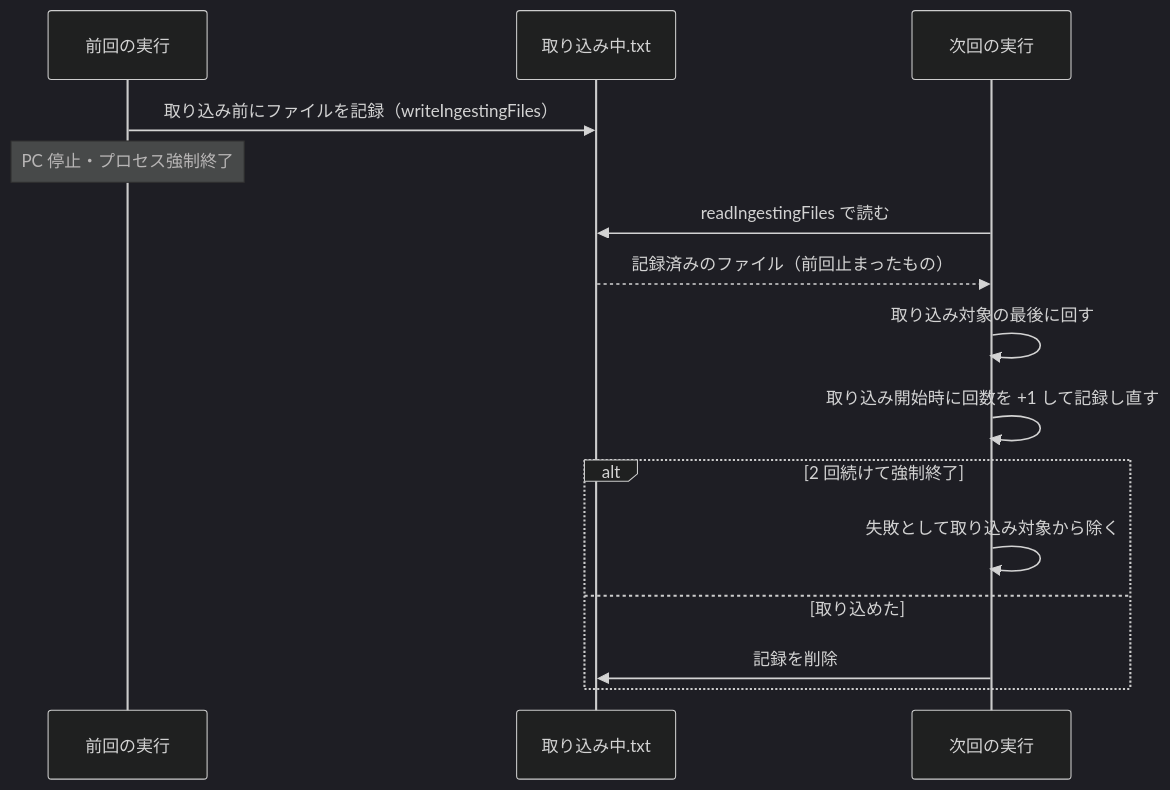
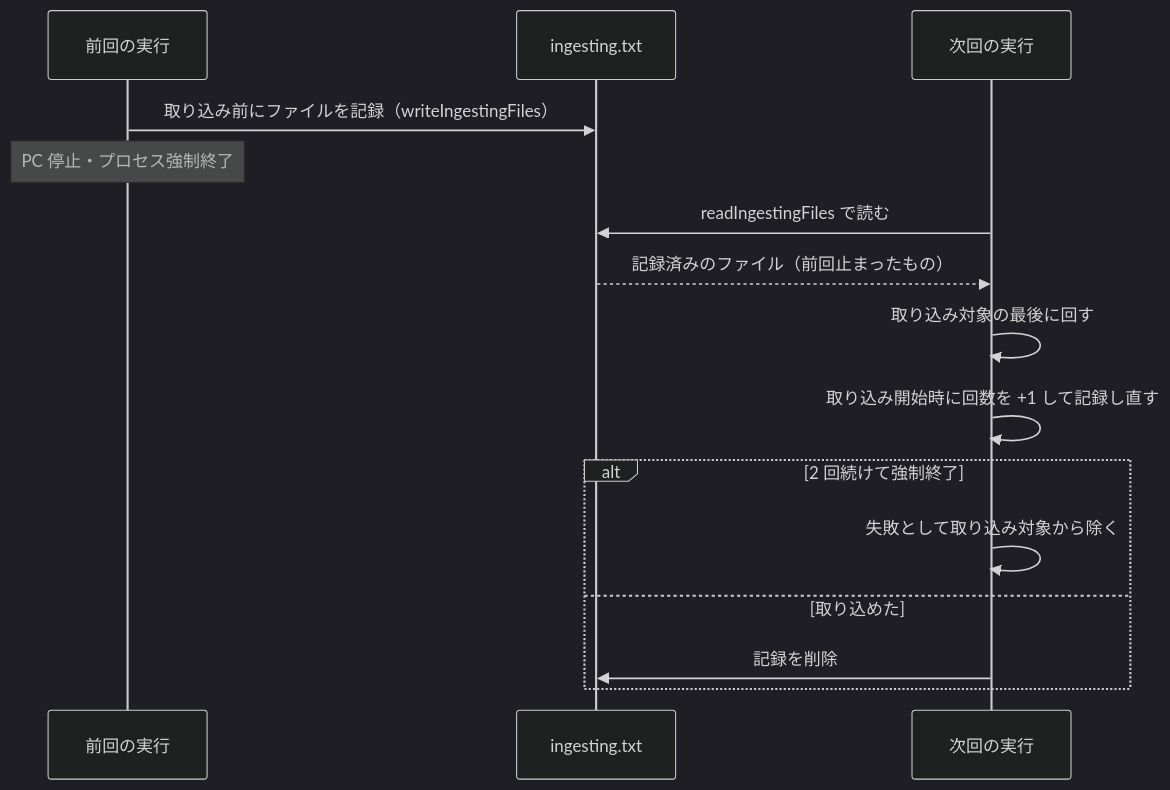
The second of 2 diagrams in docs/design/indexing/ingest-list.md (hsgwa/tebunko), drawn with Mermaid (dark theme) before and after one commit. The commit also changed other lines of this file and 38 other files, not shown here.

````diff
--- a/docs/design/indexing/ingest-list.md
+++ b/docs/design/indexing/ingest-list.md
@@ -62,18 +62,18 @@
 ```mermaid
 sequenceDiagram
     participant P as 前回の実行
-    participant F as 取り込み中.txt
+    participant F as ingesting.txt
     participant N as 次回の実行
 
     P->>F: 取り込み前にファイルを記録（writeIngestingFiles）
     Note over P: PC 停止・プロセス強制終了
     N->>F: readIngestingFiles で読む
     F-->>N: 記録済みのファイル（前回止まったもの）
     N->>N: 取り込み対象の最後に回す
     N->>N: 取り込み開始時に回数を +1 して記録し直す
     alt 2 回続けて強制終了
         N->>N: 失敗として取り込み対象から除く
     else 取り込めた
         N->>F: 記録を削除
     end
 ```
````
